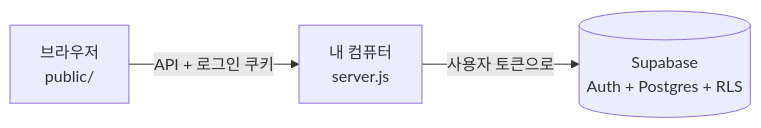
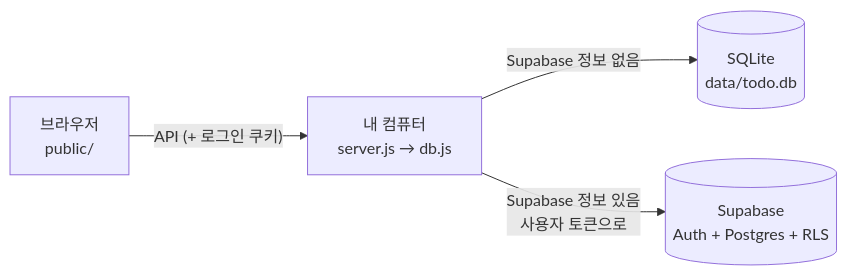
Before and after one commit to eple-lab/task-hive: the first of 2 diagrams in README.md, drawn with Mermaid. The commit also changed other lines of this file and 13 other files, not shown here.

First line of the commit message:
.env 설정에 따라 SQLite / Supabase 중 하나로 동작

````diff
--- a/README.md
+++ b/README.md
@@ -49,5 +68,6 @@
 ```mermaid
 flowchart LR
-    B["브라우저<br/>public/"] -- "API + 로그인 쿠키" --> S["내 컴퓨터<br/>server.js"]
-    S -- "사용자 토큰으로" --> SB[("Supabase<br/>Auth + Postgres + RLS")]
+    B["브라우저<br/>public/"] -- "API (+ 로그인 쿠키)" --> S["내 컴퓨터<br/>server.js → db.js"]
+    S -- "Supabase 정보 없음" --> L[("SQLite<br/>data/todo.db")]
+    S -- "Supabase 정보 있음<br/>사용자 토큰으로" --> SB[("Supabase<br/>Auth + Postgres + RLS")]
 ```
````
